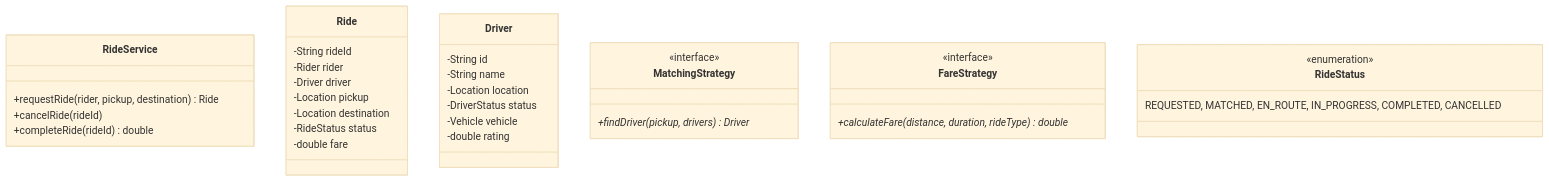
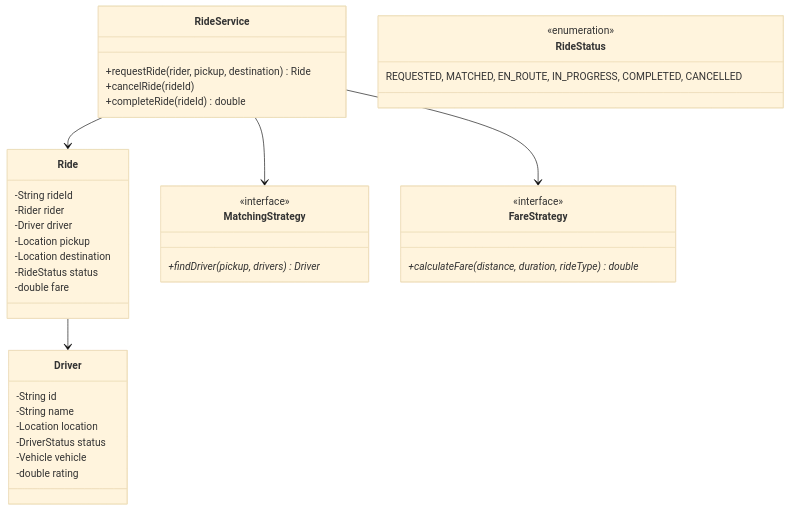
The first of 2 diagrams in Projects/LLD/02-LLD-Interview-Questions/26-Ride-Sharing/Design a Ride-Sharing System.md (kunal0011/knowledge-base), drawn with Mermaid (base theme) before and after one commit. The commit also changed 126 other files, not shown here.

````diff
--- a/Projects/LLD/02-LLD-Interview-Questions/26-Ride-Sharing/Design a Ride-Sharing System.md
+++ b/Projects/LLD/02-LLD-Interview-Questions/26-Ride-Sharing/Design a Ride-Sharing System.md
@@ -16,43 +16,42 @@
 ```mermaid
 classDiagram
     class RideService {
         +requestRide(rider, pickup, destination) Ride
         +cancelRide(rideId)
         +completeRide(rideId) double
     }
     class Ride {
         -String rideId
         -Rider rider
         -Driver driver
         -Location pickup
         -Location destination
         -RideStatus status
         -double fare
     }
     class Driver {
         -String id
         -String name
         -Location location
         -DriverStatus status
         -Vehicle vehicle
         -double rating
     }
     class MatchingStrategy {
         <<interface>>
         +findDriver(pickup, drivers)* Driver
     }
     class FareStrategy {
         <<interface>>
         +calculateFare(distance, duration, rideType)* double
     }
     class RideStatus {
         <<enumeration>>
         REQUESTED, MATCHED, EN_ROUTE, IN_PROGRESS, COMPLETED, CANCELLED
     }
 
-```mermaid
     RideService --> Ride
     RideService --> MatchingStrategy
     RideService --> FareStrategy
     Ride --> Driver
 ```
````
